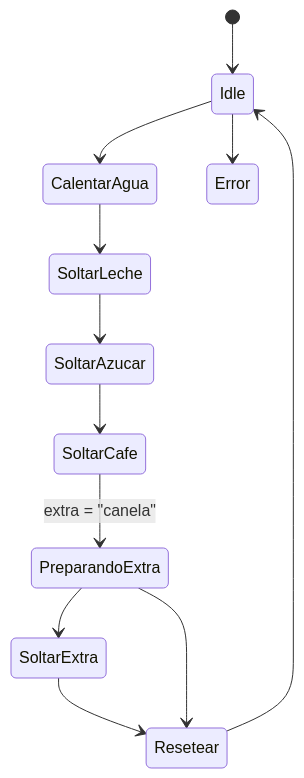
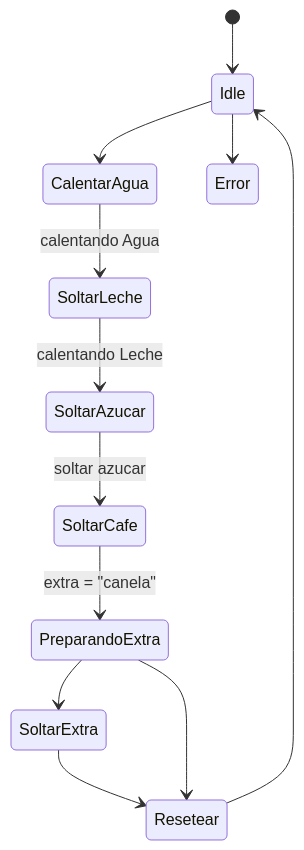
Before and after one commit to oliver-miguez/PMDM: the diagram in Maquina de cafe/MiMaquinaDeCafe/ReadMe.md, drawn with Mermaid.

````diff
--- a/Maquina de cafe/MiMaquinaDeCafe/ReadMe.md
+++ b/Maquina de cafe/MiMaquinaDeCafe/ReadMe.md
@@ -1,14 +1,14 @@
 ``` mermaid 
 stateDiagram-v2
     [*] --> Idle
     Idle --> CalentarAgua
-    CalentarAgua --> SoltarLeche
-    SoltarLeche --> SoltarAzucar
-    SoltarAzucar --> SoltarCafe
+    CalentarAgua --> SoltarLeche: calentando Agua
+    SoltarLeche --> SoltarAzucar: calentando Leche
+    SoltarAzucar --> SoltarCafe: soltar azucar
     SoltarCafe --> PreparandoExtra: extra = "canela"
     PreparandoExtra --> SoltarExtra
     SoltarExtra --> Resetear    PreparandoExtra --> Resetear
     Resetear --> Idle
     Idle --> Error
     
 ```
````
